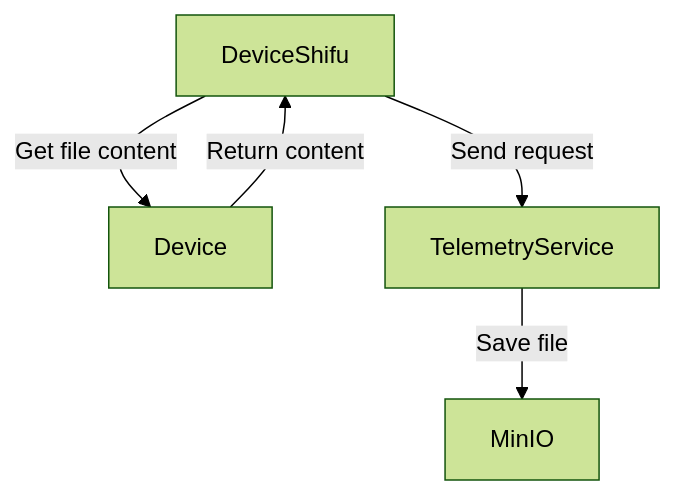
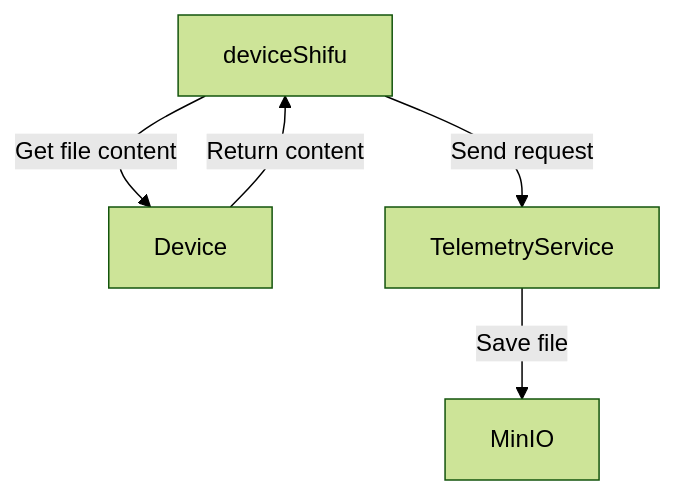
The diagram in docs/design/shifu-framework/telemetry-service-MinIO.md (Edgenesis/shifu), drawn with Mermaid (forest theme) before and after one commit. The commit also changed other lines of this file and 8 other files, not shown here.

````diff
--- a/docs/design/shifu-framework/telemetry-service-MinIO.md
+++ b/docs/design/shifu-framework/telemetry-service-MinIO.md
@@ -35,7 +32,7 @@
 ```mermaid
 graph TD
-    DeviceShifu -->|Get file content| Device
-    Device -->|Return content| DeviceShifu
-    DeviceShifu -->|Send request| TelemetryService
+    deviceShifu -->|Get file content| Device
+    Device -->|Return content| deviceShifu
+    deviceShifu -->|Send request| TelemetryService
     TelemetryService -->|Save file| MinIO
 ```
````
